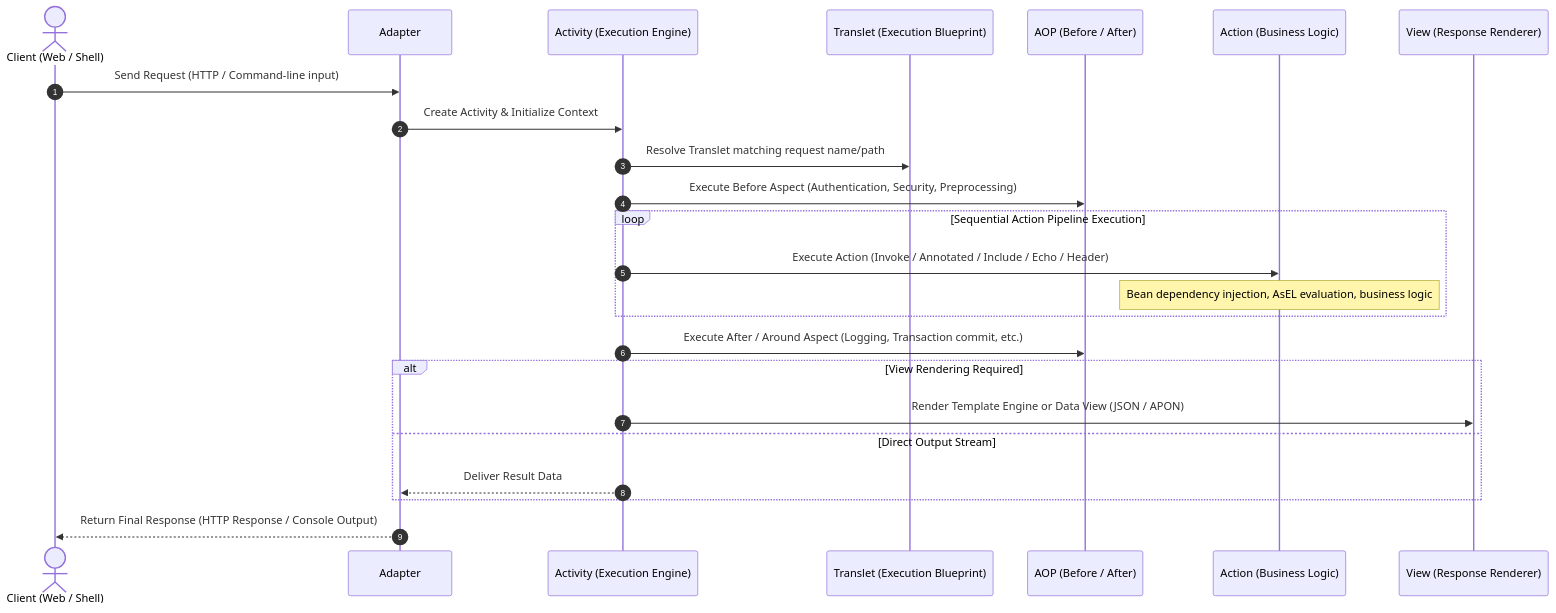
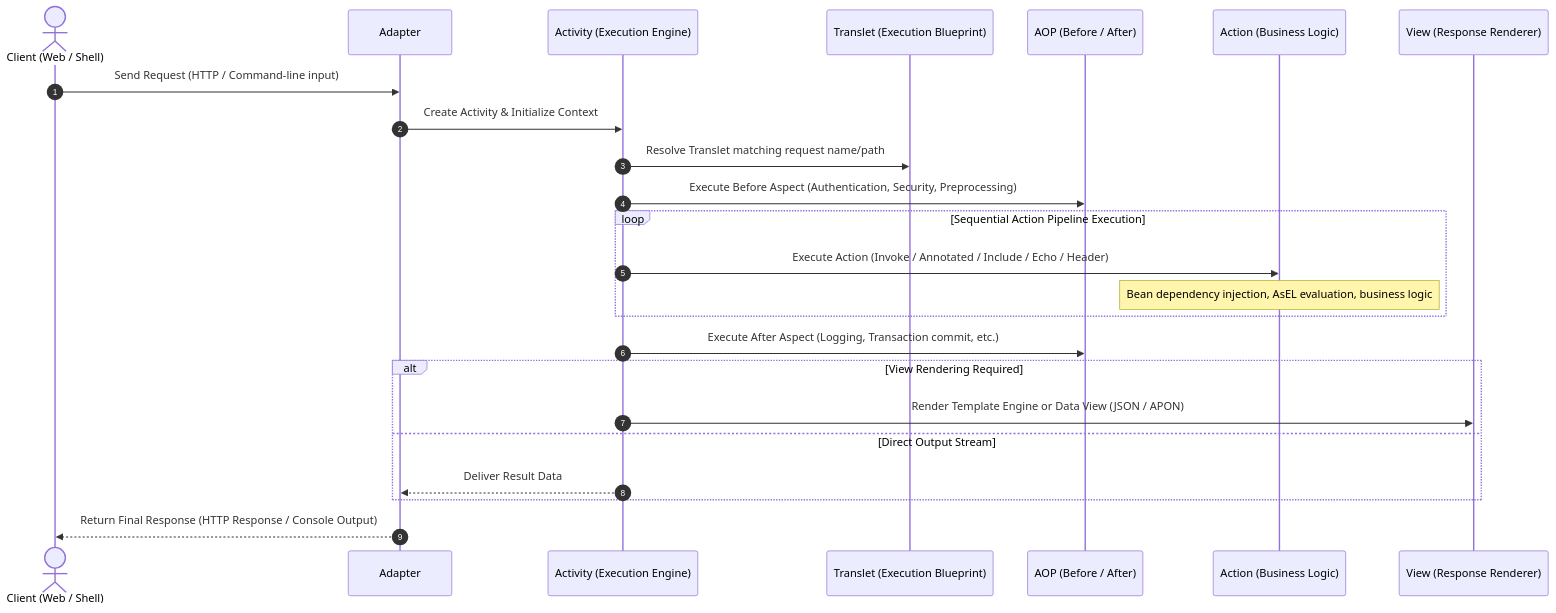
The second of 2 diagrams in _pages/en/docs/guides/aspectran-overview.md (aspectran/aspectran.github.io), drawn with Mermaid before and after one commit. The commit also changed 1 other file, not shown here.

````diff
--- a/_pages/en/docs/guides/aspectran-overview.md
+++ b/_pages/en/docs/guides/aspectran-overview.md
@@ -74,27 +74,27 @@
 ```mermaid
 sequenceDiagram
     autonumber
     actor Client as Client (Web / Shell)
     participant Adapter as Adapter
     participant Activity as Activity (Execution Engine)
     participant Translet as Translet (Execution Blueprint)
     participant Aspect as AOP (Before / After)
     participant Action as Action (Business Logic)
     participant View as View (Response Renderer)
 
     Client->>Adapter: Send Request (HTTP / Command-line input)
     Adapter->>Activity: Create Activity & Initialize Context
     Activity->>Translet: Resolve Translet matching request name/path
     Activity->>Aspect: Execute Before Aspect (Authentication, Security, Preprocessing)
     loop Sequential Action Pipeline Execution
         Activity->>Action: Execute Action (Invoke / Annotated / Include / Echo / Header)
         Note over Action: Bean dependency injection, AsEL evaluation, business logic
     end
-    Activity->>Aspect: Execute After / Around Aspect (Logging, Transaction commit, etc.)
+    Activity->>Aspect: Execute After Aspect (Logging, Transaction commit, etc.)
     alt View Rendering Required
         Activity->>View: Render Template Engine or Data View (JSON / APON)
     else Direct Output Stream
         Activity-->>Adapter: Deliver Result Data
     end
     Adapter-->>Client: Return Final Response (HTTP Response / Console Output)
 ```
````
